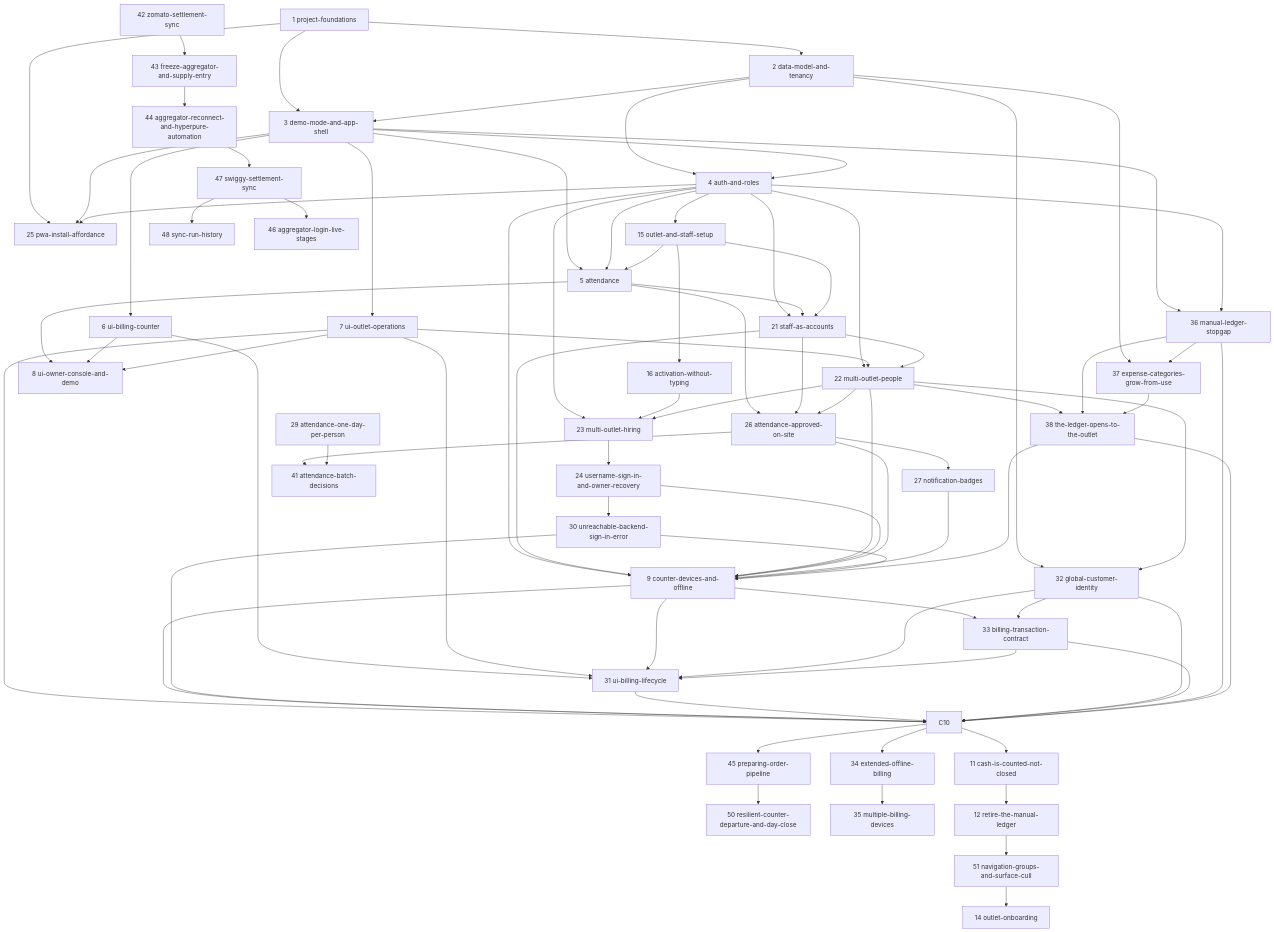
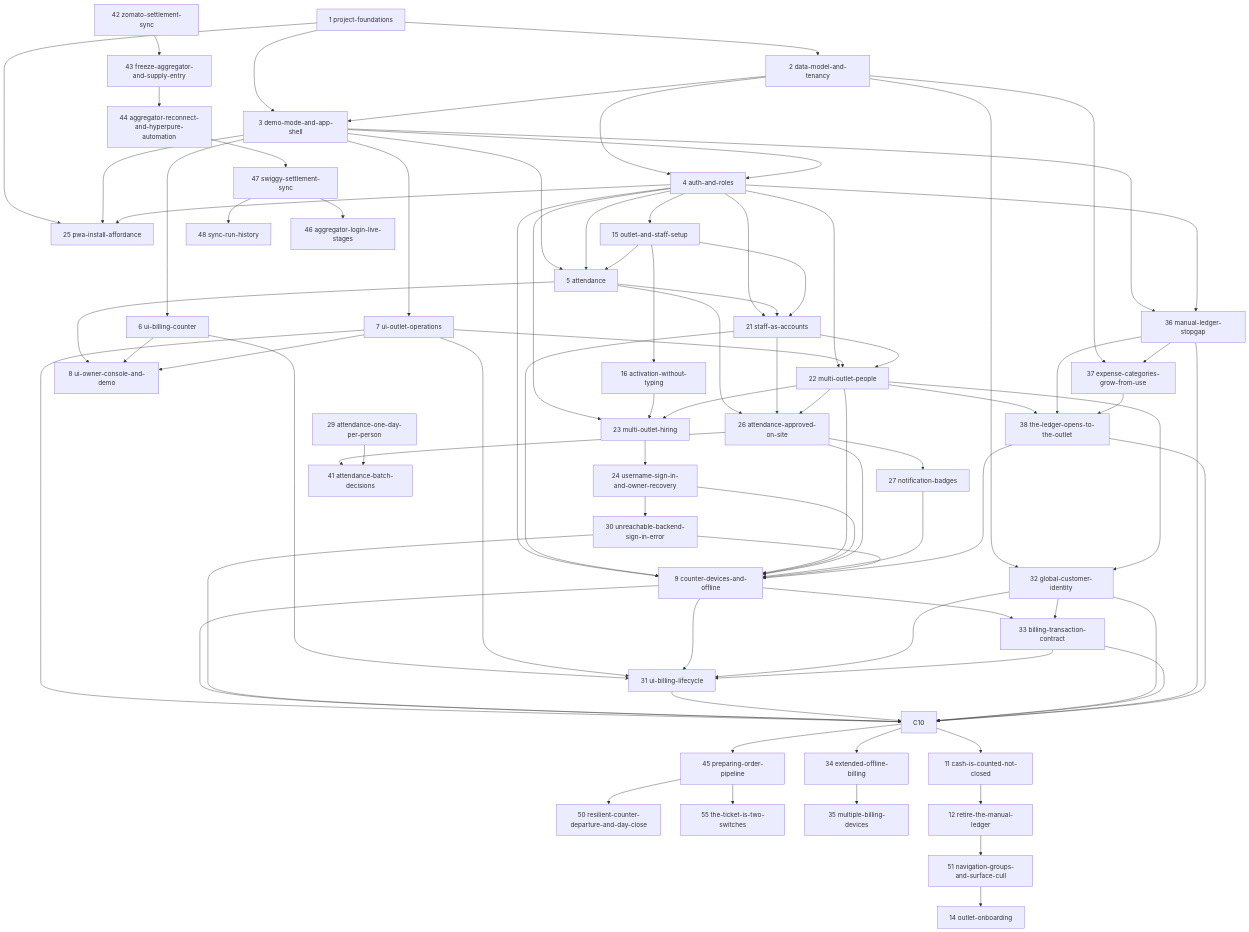
One commit to abdatta/shawarmania-ops changed the diagram in openspec/changes/ROADMAP.md. Above: the diagram before and after it, drawn with Mermaid. The commit also changed other lines of this file and 5 other files, not shown here.

First line of the commit message:
Propose the ticket as two switches, so nothing moves and nothing renames itself

```diff
--- a/openspec/changes/ROADMAP.md
+++ b/openspec/changes/ROADMAP.md
@@ -249,6 +250,7 @@
     C47 --> C46[46 aggregator-login-live-stages]
     C10 --> C45[45 preparing-order-pipeline]
     C45 --> C50[50 resilient-counter-departure-and-day-close]
+    C45 --> C55[55 the-ticket-is-two-switches]
     C10 --> C34[34 extended-offline-billing]
     C34 --> C35[35 multiple-billing-devices]
     C10 --> C11[11 cash-is-counted-not-closed]
```
